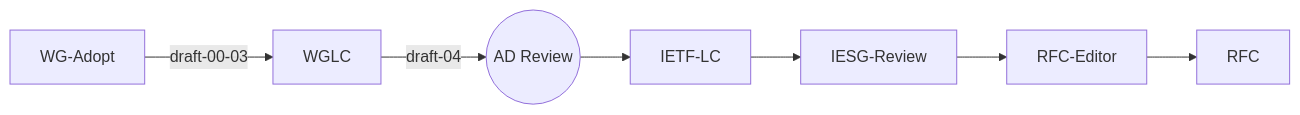
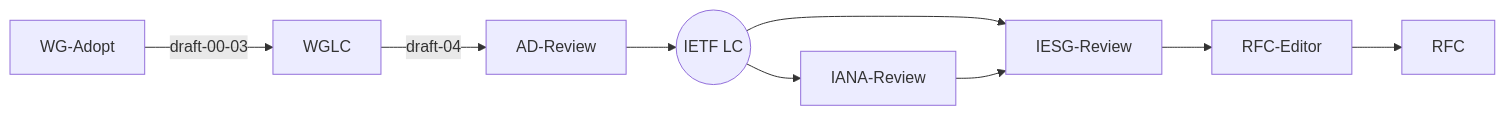
The first of 8 diagrams in index.md (ietf-wg-httpapi/ietf-wg-httpapi.github.io), drawn with Mermaid before and after one commit.

Commit message:
Added IANA review as a path

````diff
--- a/index.md
+++ b/index.md
@@ -23,9 +23,11 @@
 ```mermaid
 graph LR
     WG-Adopt --draft-00-03--> WGLC
-    WGLC --draft-04--> AD-Review((AD Review))
-    AD-Review --> IETF-LC
+    WGLC --draft-04--> AD-Review
+    AD-Review --> IETF-LC((IETF LC))
+    IETF-LC --> IANA-Review 
     IETF-LC --> IESG-Review
+    IANA-Review --> IESG-Review
     IESG-Review --> RFC-Editor
     RFC-Editor --> RFC
 ```
````
